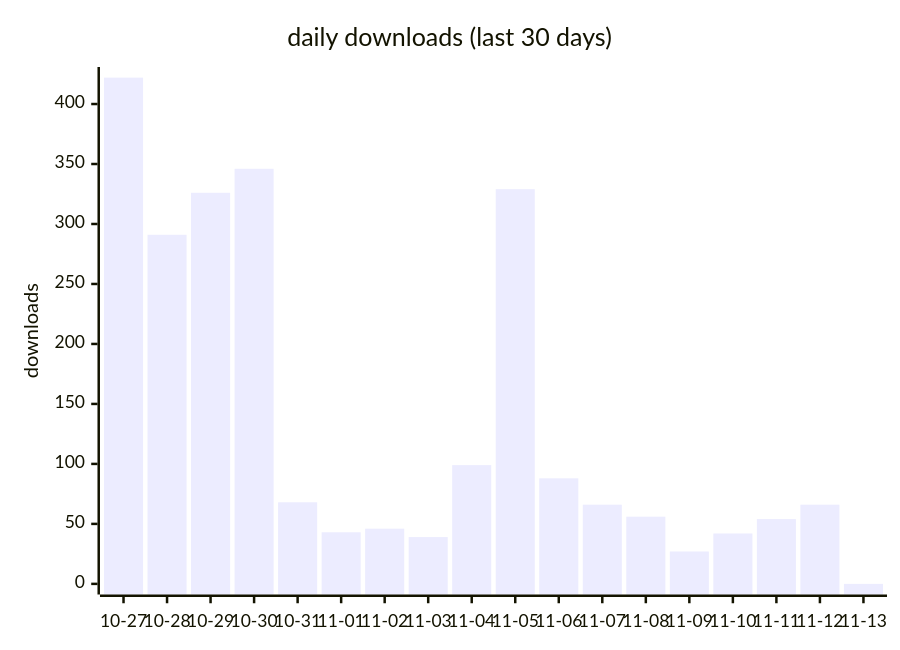
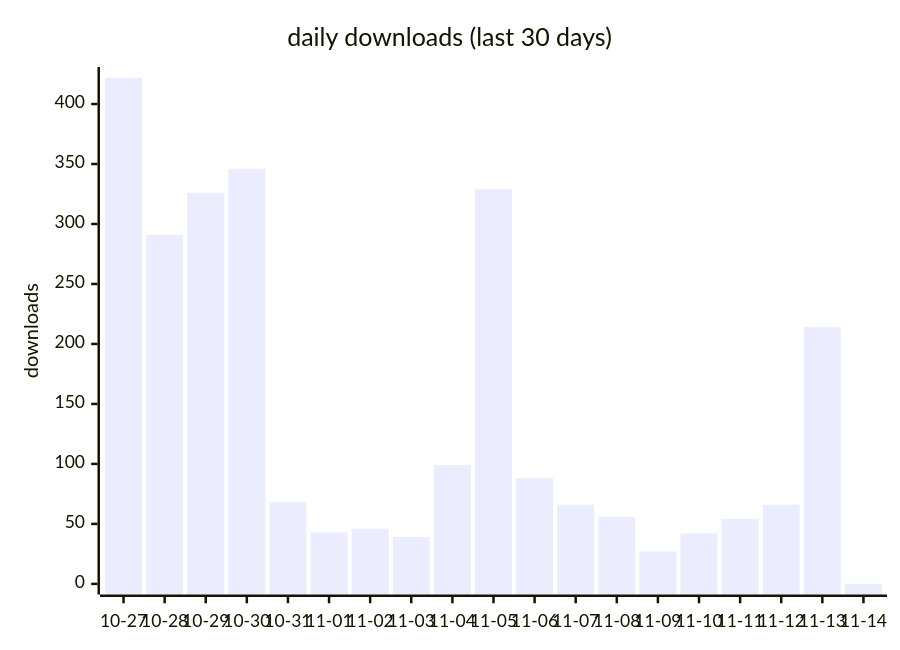
One commit to terry2010/dsh-loop-recover changed the first of 2 diagrams in docs/downloads-2026.md. Above: the diagram before and after it, drawn with Mermaid. The commit also changed other lines of this file and 1 other file, not shown here.

````diff
--- a/docs/downloads-2026.md
+++ b/docs/downloads-2026.md
@@ -19,7 +19,7 @@
 ```mermaid
 xychart-beta
     title "daily downloads (last 30 days)"
-    x-axis ["10-27", "10-28", "10-29", "10-30", "10-31", "11-01", "11-02", "11-03", "11-04", "11-05", "11-06", "11-07", "11-08", "11-09", "11-10", "11-11", "11-12", "11-13"]
+    x-axis ["10-27", "10-28", "10-29", "10-30", "10-31", "11-01", "11-02", "11-03", "11-04", "11-05", "11-06", "11-07", "11-08", "11-09", "11-10", "11-11", "11-12", "11-13", "11-14"]
     y-axis "downloads" 0 --> 422
-    bar [422, 291, 326, 346, 68, 43, 46, 39, 99, 329, 88, 66, 56, 27, 42, 54, 66, 0]
+    bar [422, 291, 326, 346, 68, 43, 46, 39, 99, 329, 88, 66, 56, 27, 42, 54, 66, 214, 0]
 ```
````
